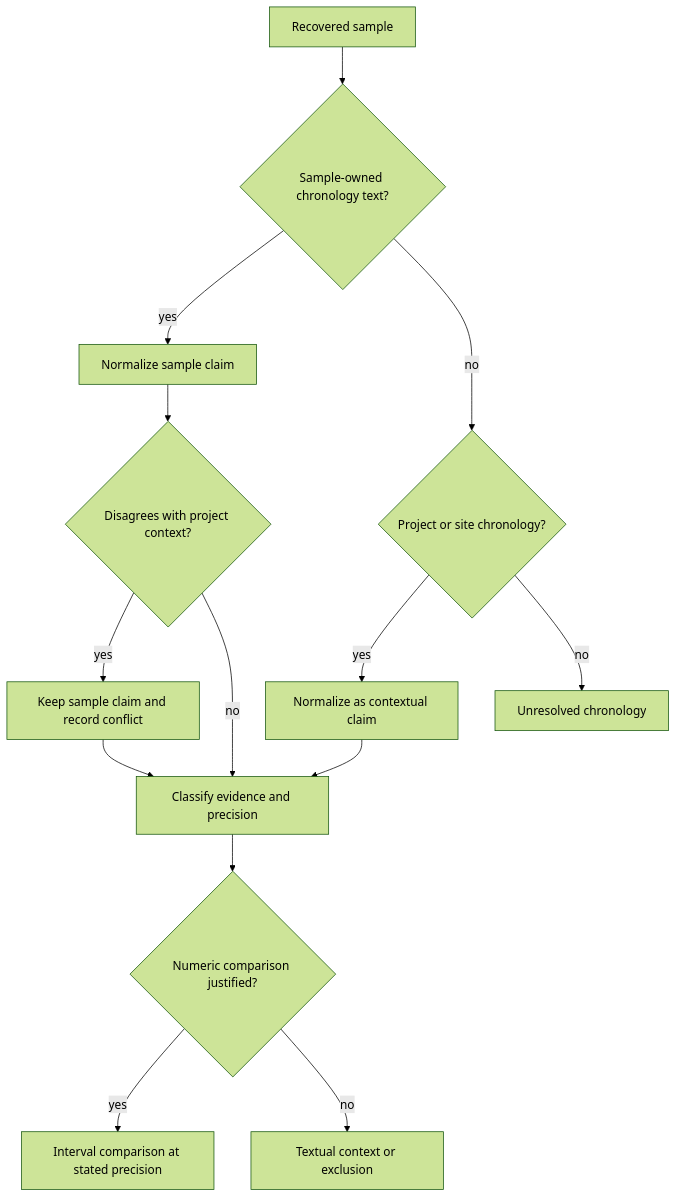
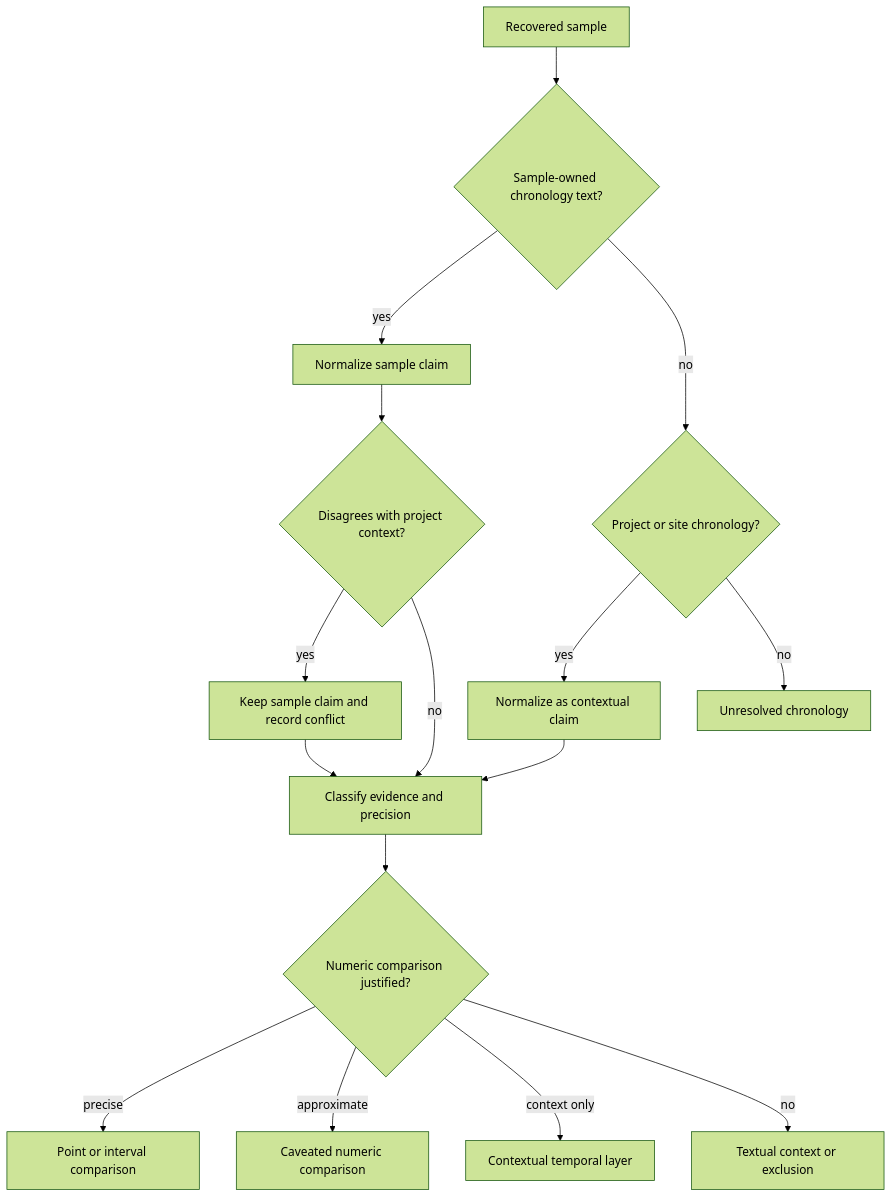
Before and after one commit to bijux/bijux-pollenomics: the diagram in docs/public/pollenomics-data/evidence/chronology.md, drawn with Mermaid (forest theme). The commit also changed other lines of this file and 2 other files, not shown here.

````diff
--- a/docs/public/pollenomics-data/evidence/chronology.md
+++ b/docs/public/pollenomics-data/evidence/chronology.md
@@ -27,16 +50,18 @@
 ```mermaid
 flowchart TD
     A[Recovered sample] --> B{Sample-owned chronology text?}
     B -->|yes| C[Normalize sample claim]
     B -->|no| D{Project or site chronology?}
     D -->|yes| E[Normalize as contextual claim]
     D -->|no| F[Unresolved chronology]
     C --> G{Disagrees with project context?}
     G -->|yes| H[Keep sample claim and record conflict]
     G -->|no| I[Classify evidence and precision]
     H --> I
     E --> I
     I --> J{Numeric comparison justified?}
-    J -->|yes| K[Interval comparison at stated precision]
-    J -->|no| L[Textual context or exclusion]
+    J -->|precise| K[Point or interval comparison]
+    J -->|approximate| L[Caveated numeric comparison]
+    J -->|context only| M[Contextual temporal layer]
+    J -->|no| N[Textual context or exclusion]
 ```
````
